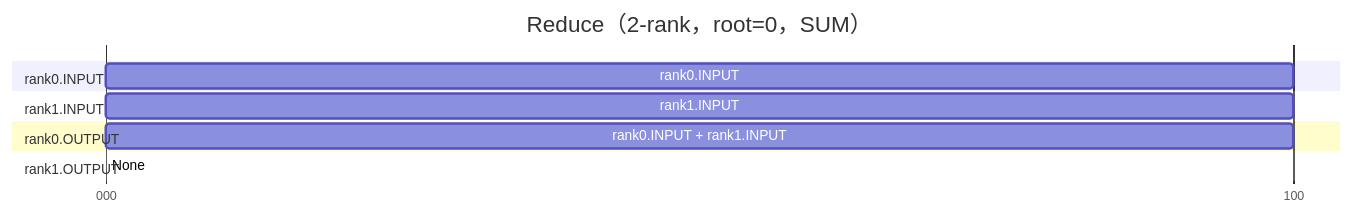
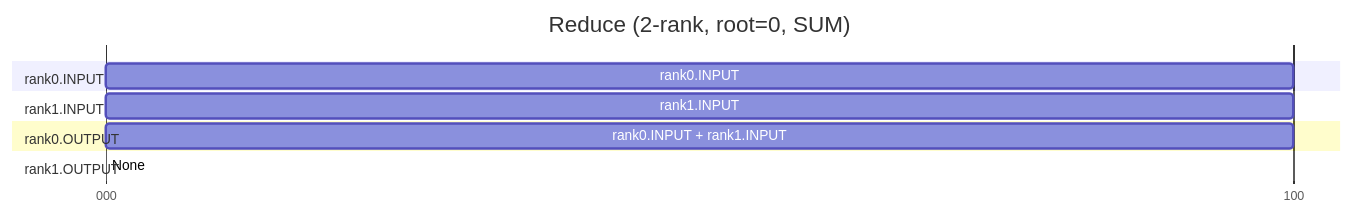
One commit to Atlas-Ascend-Fork/hcomm changed diagram 15 of 19 in test/hccl_vm/docs/checker_quick_intro_en.md. Above: the diagram before and after it, drawn with Mermaid. The commit also changed other lines of this file and 73 other files, not shown here.

````diff
--- a/test/hccl_vm/docs/checker_quick_intro_en.md
+++ b/test/hccl_vm/docs/checker_quick_intro_en.md
@@ -544,19 +544,19 @@
 ```mermaid
 gantt
-    title Reduce（2-rank，root=0，SUM）
+    title Reduce (2-rank, root=0, SUM)
     dateFormat x
     axisFormat %L
     tickInterval 100millisecond
 
     section rank0.INPUT
     rank0.INPUT : 0, 100
 
     section rank1.INPUT
     rank1.INPUT : 0, 100
 
     section rank0.OUTPUT
     rank0.INPUT + rank1.INPUT : 0, 100
 
     section rank1.OUTPUT
     None: 0,0
 ```
````
